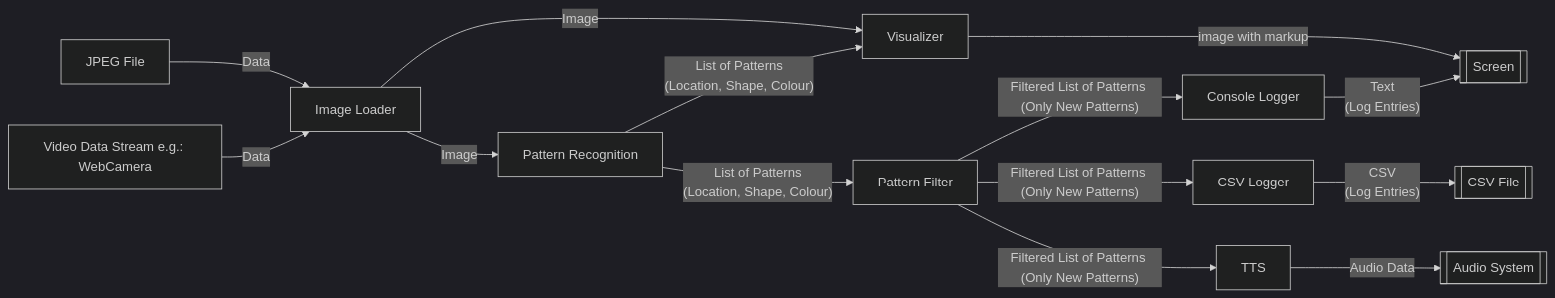
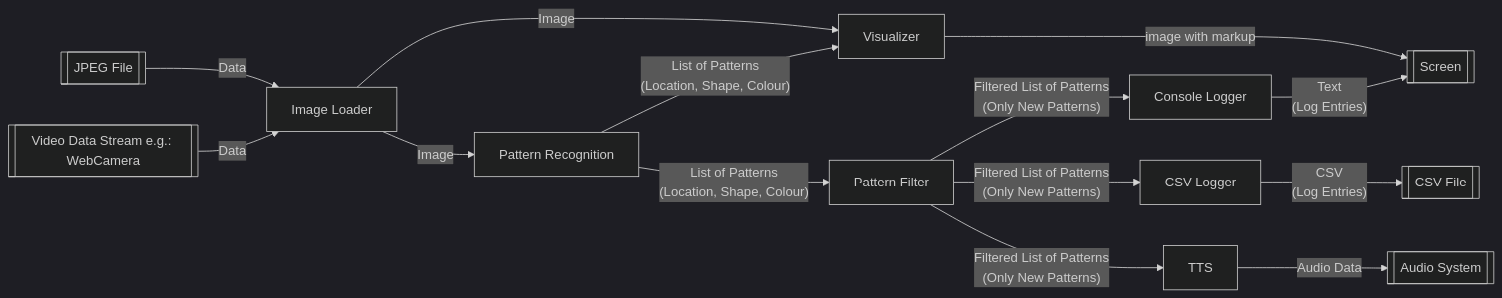
The second of 2 diagrams in README.md (rursprung/fhgr-sweng-pattern-recognition), drawn with Mermaid (dark theme) before and after one commit. The commit also changed other lines of this file, not shown here.

First line of the commit message:
add component diagram

````diff
--- a/README.md
+++ b/README.md
@@ -53,34 +111,30 @@
 ```mermaid
 graph LR
     Image -->|Data|IL
     Video -->|Data|IL
     IL -->|Image|PR
     IL -->|Image|Viz
-    PR -->|"List of Patterns
-    (Location, Shape, Colour)"|Viz
+    PR -->|"List of Patterns <br> (Location, Shape, Colour)"|Viz
     Viz -->|"image with markup"|Screen
 
-    PR -->|"List of Patterns
-    (Location, Shape, Colour)"|PF
-    PF -->|"Filtered List of Patterns (Only New Patterns)"|ConsoleLogger
-    ConsoleLogger-->|"Text
-    (Log Entries)"|Screen
-    PF -->|"Filtered List of Patterns (Only New Patterns)"|CSVLogger
-    CSVLogger -->|"CSV
-    (Log Entries)"|CSVFile
+    PR -->|"List of Patterns <br> (Location, Shape, Colour)"|PF
+    PF -->|"Filtered List of Patterns <br> (Only New Patterns)"|ConsoleLogger
+    ConsoleLogger-->|"Text <br> (Log Entries)"|Screen
+    PF -->|"Filtered List of Patterns <br> (Only New Patterns)"|CSVLogger
+    CSVLogger -->|"CSV <br> (Log Entries)"|CSVFile
     
-    PF -->|"Filtered List of Patterns (Only New Patterns)"|TTS
+    PF -->|"Filtered List of Patterns <br> (Only New Patterns)"|TTS
     TTS -->|"Audio Data"|Audio
     
     IL[Image Loader]
-    Image[JPEG File]
-    Video[Video Data Stream e.g.: WebCamera]
+    Image[[JPEG File]]
+    Video[[Video Data Stream e.g.: WebCamera]]
     Viz[Visualizer]
     PR[Pattern Recognition]
     PF[Pattern Filter]
     ConsoleLogger[Console Logger]
     CSVLogger[CSV Logger]
     Screen[[Screen]]
     Audio[[Audio System]]
     CSVFile[[CSV File]]
 ```
````
